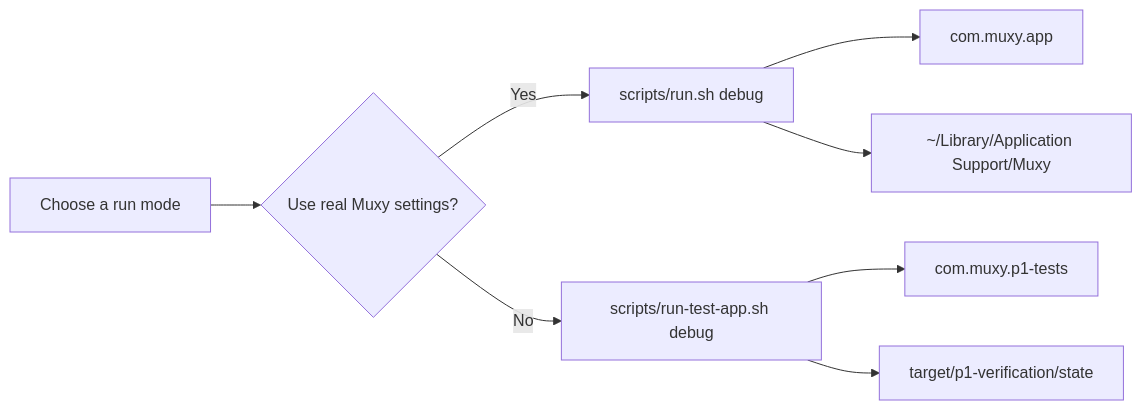
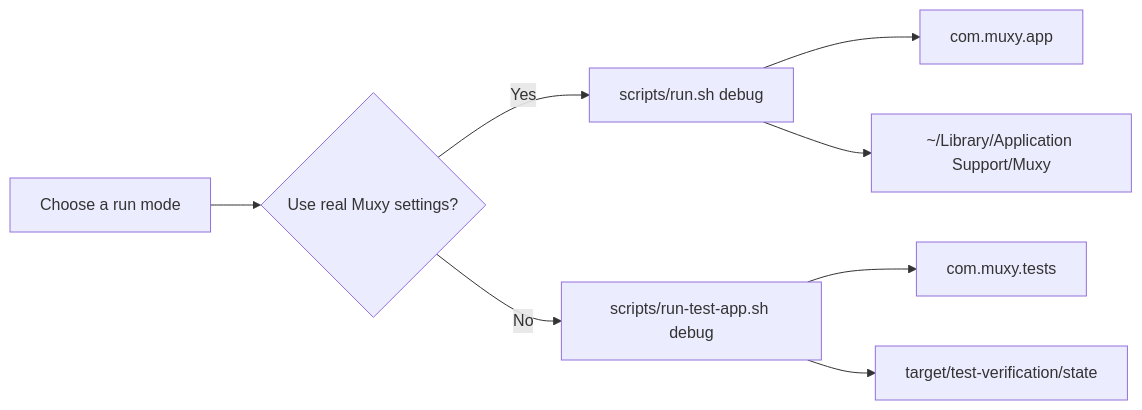
Before and after one commit to muxy-app/muxy: the first of 4 diagrams in docs/development/dev-prod-isolation.md, drawn with Mermaid. The commit also changed other lines of this file and 4 other files, not shown here.

````diff
--- a/docs/development/dev-prod-isolation.md
+++ b/docs/development/dev-prod-isolation.md
@@ -5,10 +5,10 @@
 ```mermaid
 flowchart LR
     A[Choose a run mode] --> B{Use real Muxy settings?}
     B -->|Yes| C[scripts/run.sh debug]
     B -->|No| D[scripts/run-test-app.sh debug]
     C --> E[com.muxy.app]
     C --> F[~/Library/Application Support/Muxy]
-    D --> G[com.muxy.p1-tests]
-    D --> H[target/p1-verification/state]
+    D --> G[com.muxy.tests]
+    D --> H[target/test-verification/state]
 ```
````
